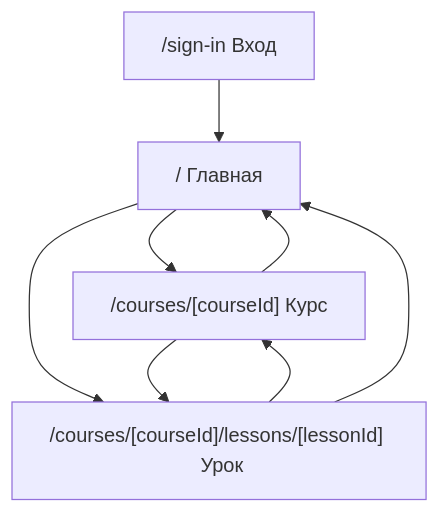
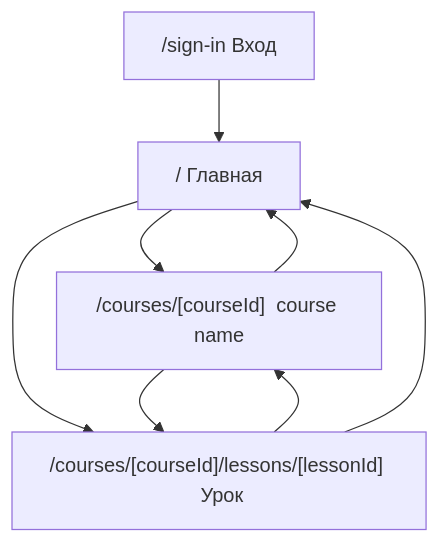
Before and after one commit to valmlord/academy: the diagram in design/flows/ia.md, drawn with Mermaid. The commit also changed other lines of this file and 6 other files, not shown here.

First line of the commit message:
docs(design): flows and IA for several courses, normal states (wip)

````diff
--- a/design/flows/ia.md
+++ b/design/flows/ia.md
@@ -590,10 +810,10 @@
 ```mermaid
 flowchart TD
   signin["/sign-in  Вход"] --> dash["/  Главная"]
-  dash --> catalog["/courses/[courseId]  Курс"]
+  dash --> catalog["/courses/[courseId]  course name"]
   dash --> lesson["/courses/[courseId]/lessons/[lessonId]  Урок"]
   catalog --> lesson
   lesson --> catalog
   lesson --> dash
   catalog --> dash
 ```
````
